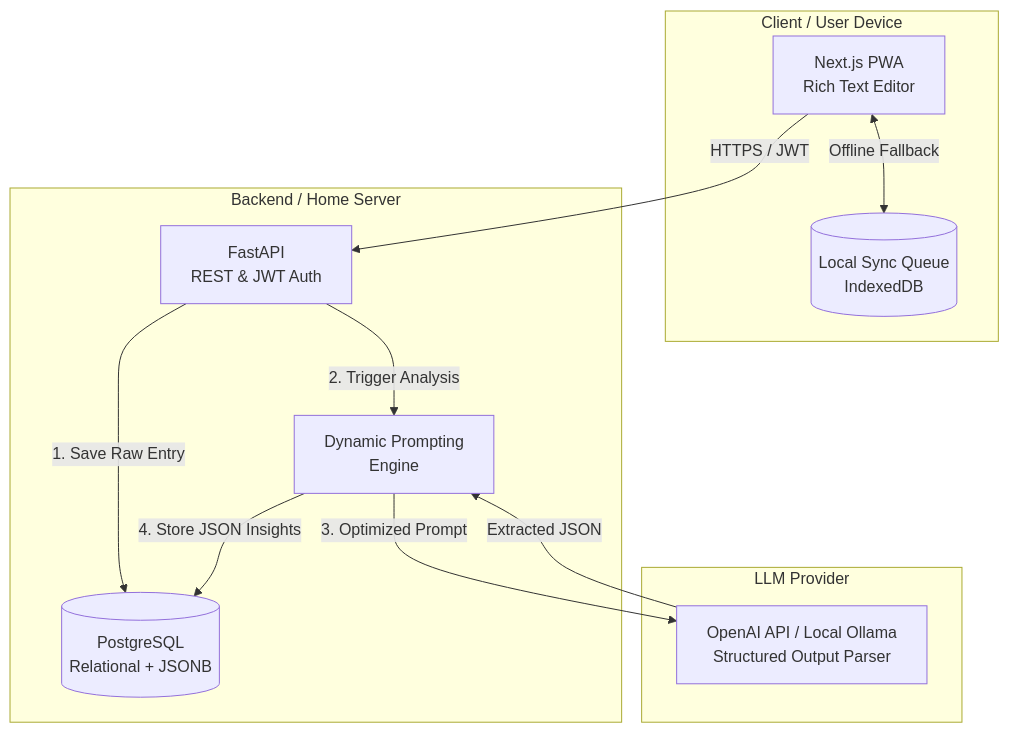
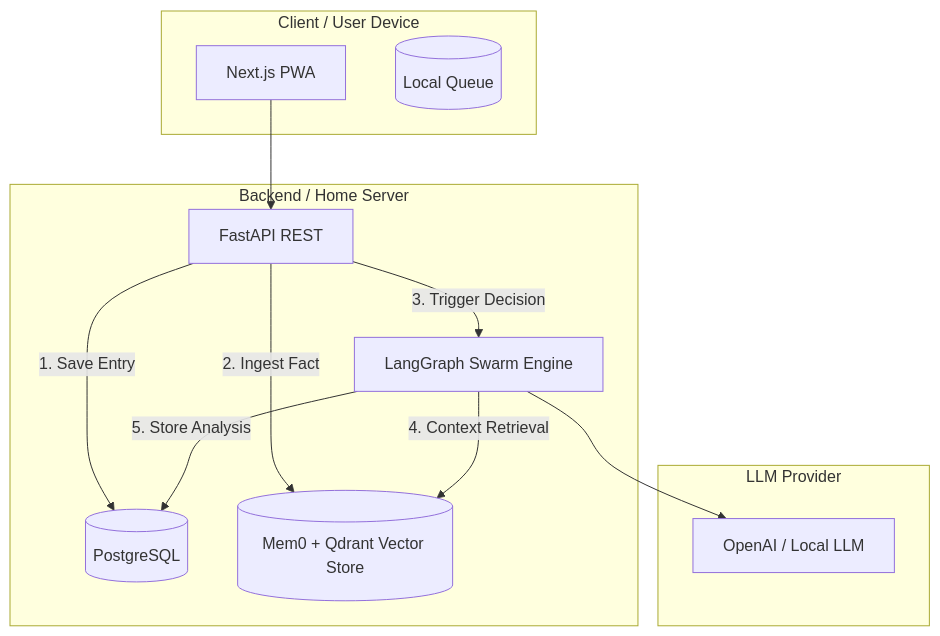
One commit to the-anup-das/smart-diary changed the diagram in README.md. Above: the diagram before and after it, drawn with Mermaid. The commit also changed other lines of this file and 2 other files, not shown here.

Commit message:
feat: integrate multi-agent decision swarm and Mem0 long-term memory for enhanced reasoning

````diff
--- a/README.md
+++ b/README.md
@@ -40,26 +45,27 @@
 ```mermaid
 flowchart TD
     subgraph Client [Client / User Device]
-        UI[Next.js PWA<br>Rich Text Editor]
-        LocalSync[(Local Sync Queue<br>IndexedDB)]
-        UI <--> |Offline Fallback| LocalSync
+        UI[Next.js PWA]
+        LocalSync[(Local Queue)]
     end
 
     subgraph Server [Backend / Home Server]
-        API[FastAPI<br>REST & JWT Auth]
-        PromptEngine[Dynamic Prompting<br>Engine]
-        DB[(PostgreSQL<br>Relational + JSONB)]
+        API[FastAPI REST]
+        Graph[LangGraph Swarm Engine]
+        DB[(PostgreSQL)]
+        Memory[(Mem0 + Qdrant Vector Store)]
         
-        API --> |1. Save Raw Entry| DB
-        API --> |2. Trigger Analysis| PromptEngine
-        PromptEngine --> |4. Store JSON Insights| DB
+        API --> |1. Save Entry| DB
+        API --> |2. Ingest Fact| Memory
+        API --> |3. Trigger Decision| Graph
+        Graph --> |4. Context Retrieval| Memory
+        Graph --> |5. Store Analysis| DB
     end
 
     subgraph AI [LLM Provider]
-        LLM[OpenAI API / Local Ollama<br>Structured Output Parser]
+        LLM[OpenAI / Local LLM]
     end
 
-    UI -->|HTTPS / JWT| API
-    PromptEngine -->|3. Optimized Prompt| LLM
-    LLM -->|Extracted JSON| PromptEngine
+    UI --> API
+    Graph --> LLM
 ```
````
